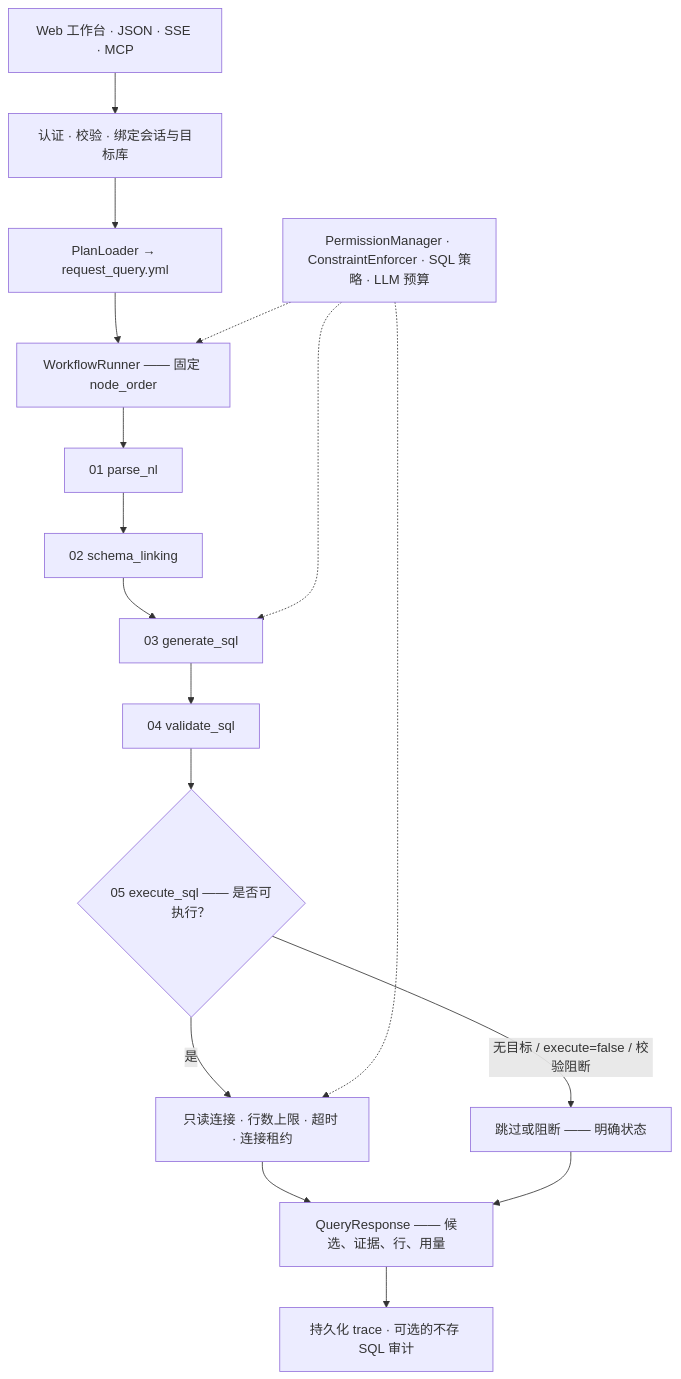
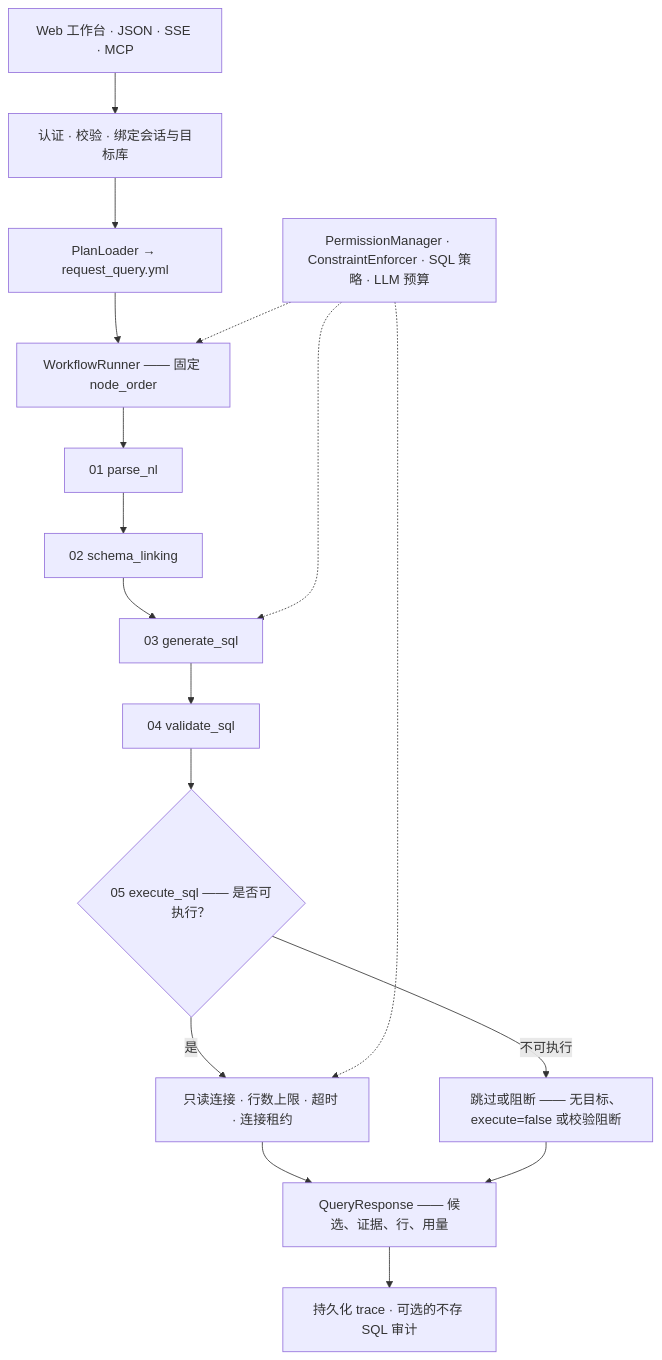
The diagram in README.zh-CN.md (Qorq-byte/Data_engineer), drawn with Mermaid before and after one commit. The commit also changed 1 other file, not shown here.

Commit message:
docs(readme): keep Mermaid edge labels literal, move detail into the node

````diff
--- a/README.zh-CN.md
+++ b/README.zh-CN.md
@@ -57,19 +57,19 @@
 ```mermaid
 flowchart TD
     S["Web 工作台 · JSON · SSE · MCP"] --> A["认证 · 校验 · 绑定会话与目标库"]
     A --> P["PlanLoader → request_query.yml"]
     P --> R["WorkflowRunner —— 固定 node_order"]
     R --> N1["01 parse_nl"]
     N1 --> N2["02 schema_linking"]
     N2 --> N3["03 generate_sql"]
     N3 --> N4["04 validate_sql"]
     N4 --> E{"05 execute_sql —— 是否可执行？"}
     E -->|是| X["只读连接 · 行数上限 · 超时 · 连接租约"]
-    E -->|"无目标 / execute=false / 校验阻断"| K["跳过或阻断 —— 明确状态"]
+    E -->|"不可执行"| K["跳过或阻断 —— 无目标、execute=false 或校验阻断"]
     X --> O["QueryResponse —— 候选、证据、行、用量"]
     K --> O
     O --> T["持久化 trace · 可选的不存 SQL 审计"]
     G["PermissionManager · ConstraintEnforcer · SQL 策略 · LLM 预算"] -.-> R
     G -.-> N3
     G -.-> X
 ```
````
